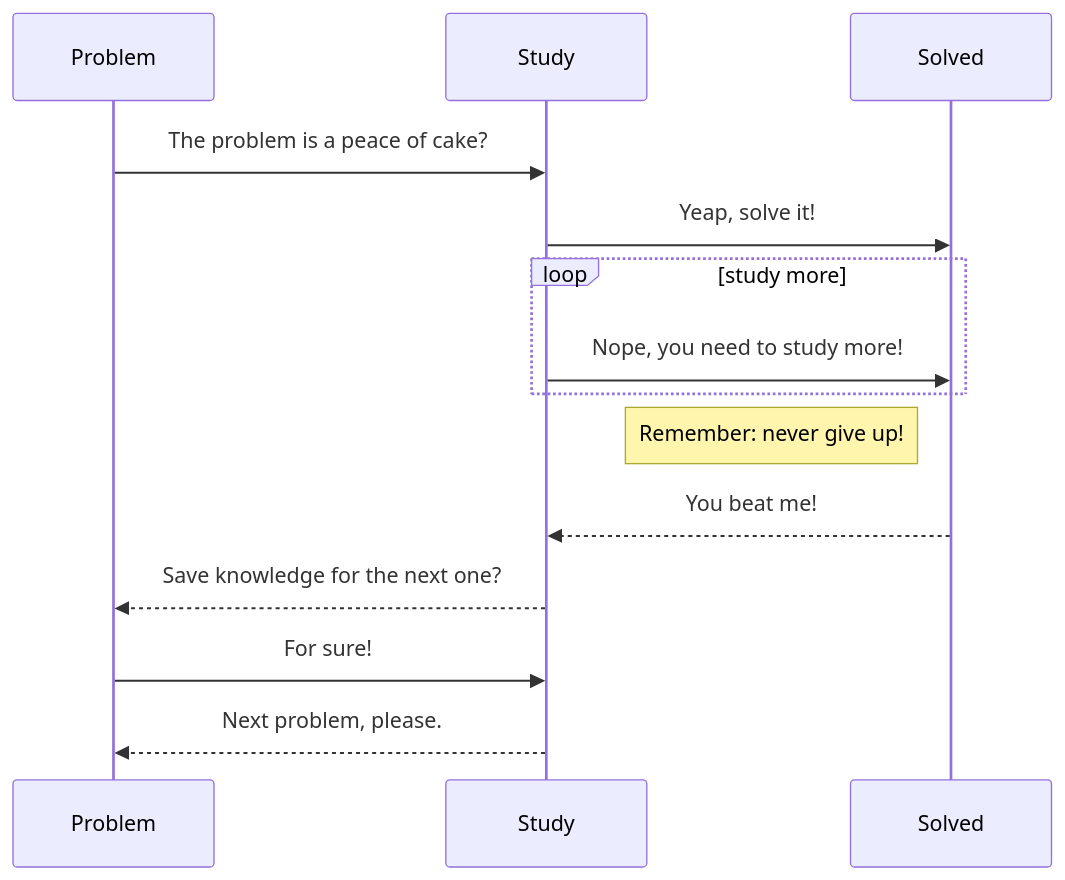
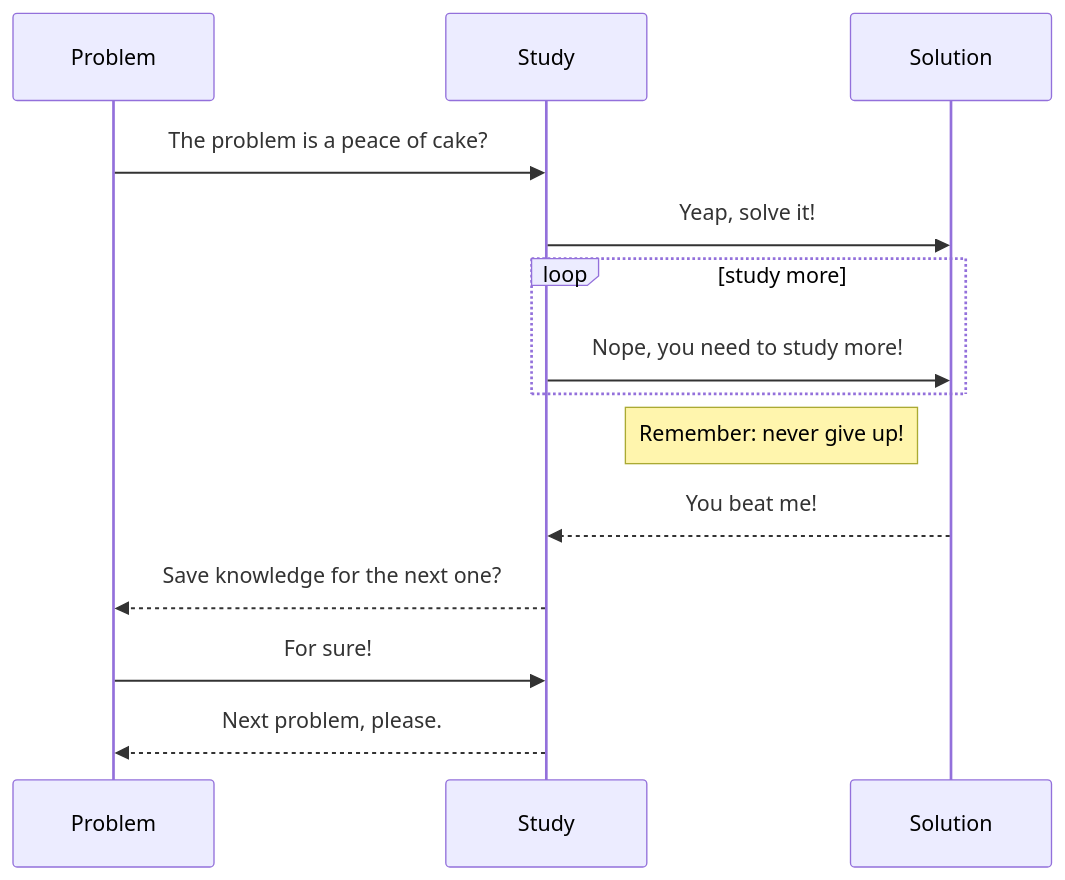
One commit to thyarles/thyarles changed the diagram in README.md. Above: the diagram before and after it, drawn with Mermaid.

````diff
--- a/README.md
+++ b/README.md
@@ -15,15 +15,15 @@
 ```mermaid
 sequenceDiagram
     participant Problem
     participant Study
     Problem->>Study: The problem is a peace of cake?
-    Study->>Solved: Yeap, solve it!
+    Study->>Solution: Yeap, solve it!
     loop study more
-        Study->>Solved: Nope, you need to study more!
+        Study->>Solution: Nope, you need to study more!
     end
-    Note left of Solved: Remember: never give up!
-    Solved-->>Study: You beat me!
+    Note left of Solution: Remember: never give up!
+    Solution-->>Study: You beat me!
     Study-->>Problem: Save knowledge for the next one?
     Problem->>Study: For sure!
     Study-->>Problem: Next problem, please.
 ```
````
